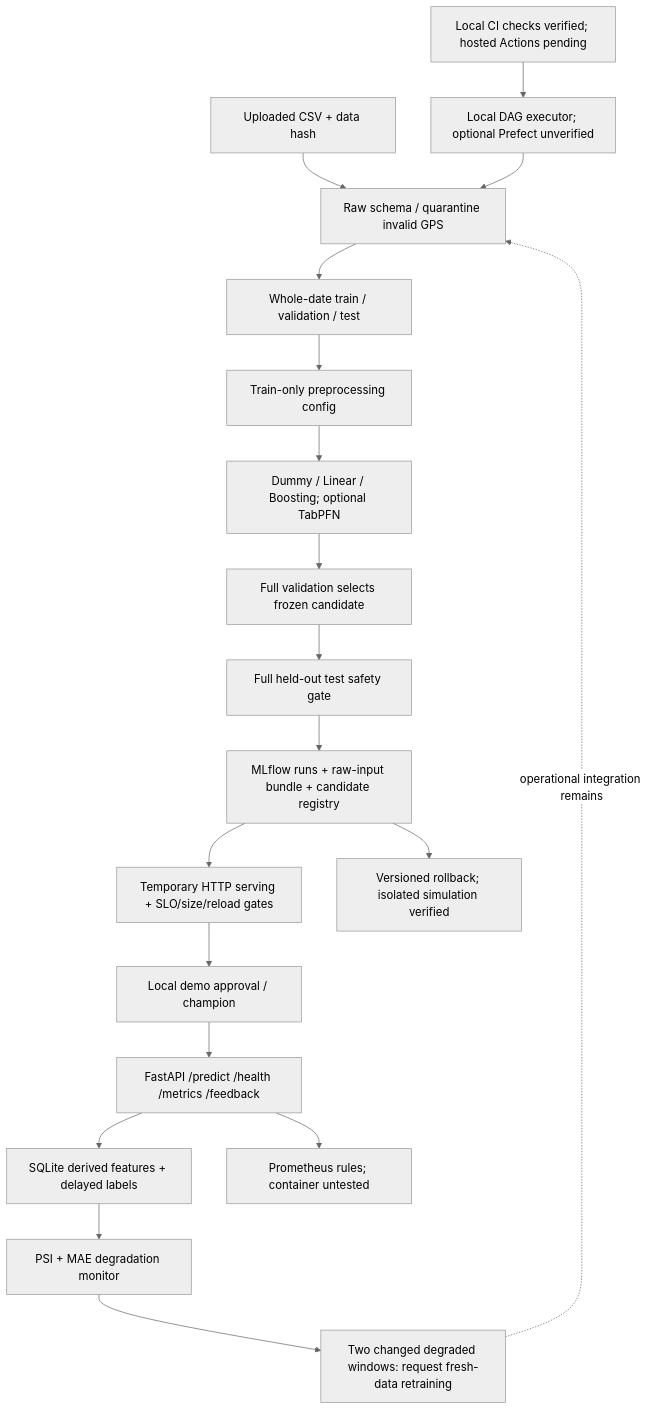
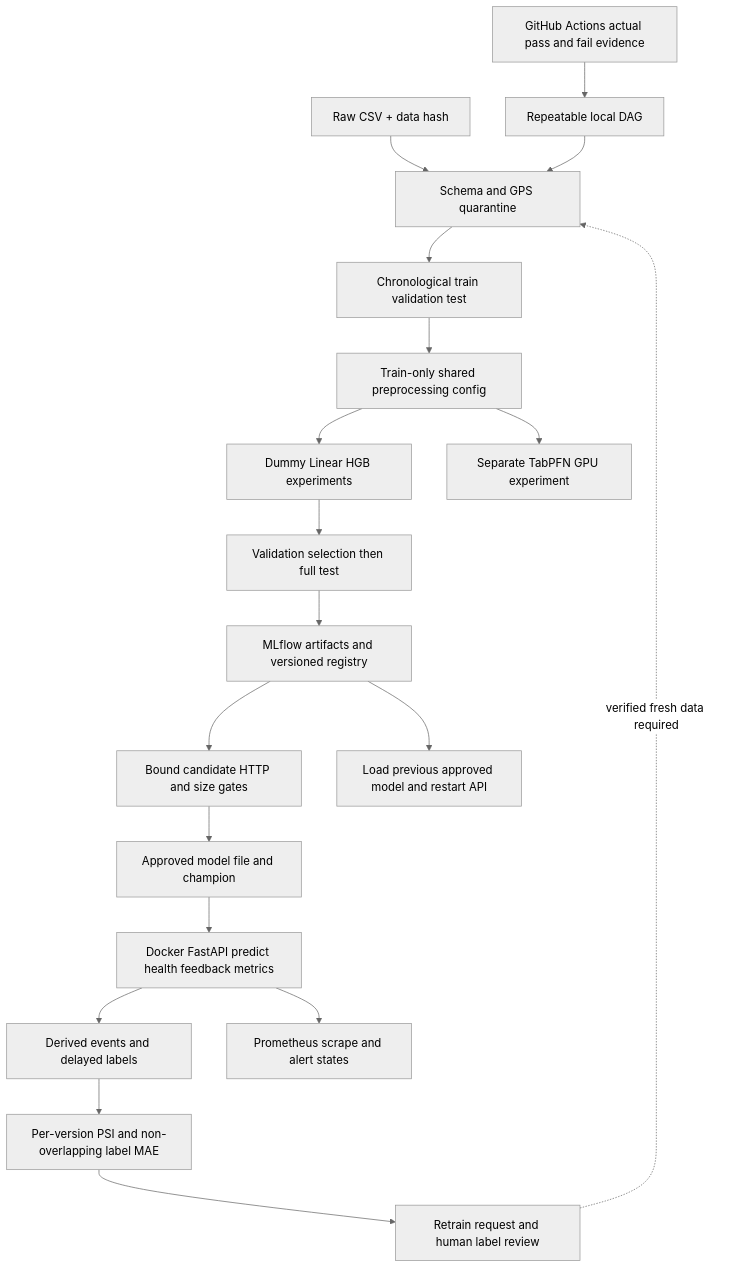
The diagram in REPORT.md (ResoKath/MLOPs-KKU-Project), drawn with Mermaid (neutral theme) before and after one commit. The commit also changed other lines of this file and 25 other files, not shown here.

Commit message:
Record real container SLO, alerts, live rollback and hosted CI/CD evidence

````diff
--- a/REPORT.md
+++ b/REPORT.md
@@ -127,21 +107,21 @@
 ```mermaid
 flowchart TD
-    CSV[Uploaded CSV + data hash] --> V[Raw schema / quarantine invalid GPS]
-    V --> S[Whole-date train / validation / test]
-    S --> P[Train-only preprocessing config]
-    P --> E[Dummy / Linear / Boosting; optional TabPFN]
-    E --> SEL[Full validation selects frozen candidate]
-    SEL --> T[Full held-out test safety gate]
-    T --> M[MLflow runs + raw-input bundle + candidate registry]
-    M --> H[Temporary HTTP serving + SLO/size/reload gates]
-    H --> A[Local demo approval / champion]
-    A --> API[FastAPI /predict /health /metrics /feedback]
-    API --> LOG[SQLite derived features + delayed labels]
-    LOG --> MON[PSI + MAE degradation monitor]
-    API --> PROM[Prometheus rules; container untested]
-    MON --> R[Two changed degraded windows: request fresh-data retraining]
-    R -. operational integration remains .-> V
-    M --> RB[Versioned rollback; isolated simulation verified]
-    DAG[Local DAG executor; optional Prefect unverified] --> V
-    CI[Local CI checks verified; hosted Actions pending] --> DAG
+    CSV[Raw CSV + data hash] --> V[Schema and GPS quarantine]
+    V --> S[Chronological train validation test]
+    S --> P[Train-only shared preprocessing config]
+    P --> E[Dummy Linear HGB experiments]
+    P --> GPU[Separate TabPFN GPU experiment]
+    E --> T[Validation selection then full test]
+    T --> M[MLflow artifacts and versioned registry]
+    M --> H[Bound candidate HTTP and size gates]
+    H --> A[Approved model file and champion]
+    A --> API[Docker FastAPI predict health feedback metrics]
+    API --> DB[Derived events and delayed labels]
+    DB --> MON[Per-version PSI and non-overlapping label MAE]
+    API --> PROM[Prometheus scrape and alert states]
+    MON --> R[Retrain request and human label review]
+    R -. verified fresh data required .-> V
+    M --> RB[Load previous approved model and restart API]
+    CI[GitHub Actions actual pass and fail evidence] --> DAG[Repeatable local DAG]
+    DAG --> V
 ```
````
